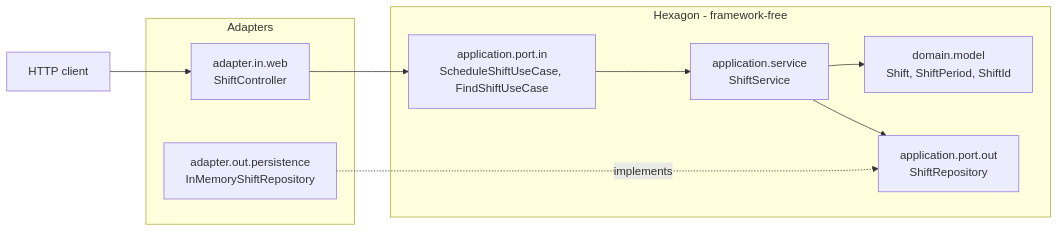
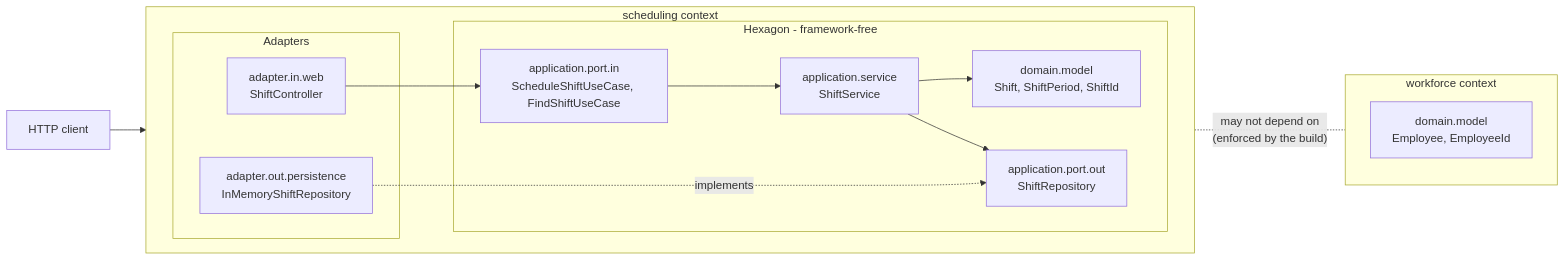
The first of 2 diagrams in docs/architecture/architecture.md (NaimElijah/HrSched), drawn with Mermaid before and after one commit. The commit also changed other lines of this file and 37 other files, not shown here.

````diff
--- a/docs/architecture/architecture.md
+++ b/docs/architecture/architecture.md
@@ -29,23 +39,31 @@
 ```mermaid
 flowchart LR
     client[HTTP client]
 
-    subgraph adapters [Adapters]
-        web["adapter.in.web<br/>ShiftController"]
-        store["adapter.out.persistence<br/>InMemoryShiftRepository"]
+    subgraph scheduling [scheduling context]
+        direction LR
+        subgraph adapters [Adapters]
+            web["adapter.in.web<br/>ShiftController"]
+            store["adapter.out.persistence<br/>InMemoryShiftRepository"]
+        end
+        subgraph hexagon [Hexagon - framework-free]
+            portIn["application.port.in<br/>ScheduleShiftUseCase, FindShiftUseCase"]
+            service["application.service<br/>ShiftService"]
+            portOut["application.port.out<br/>ShiftRepository"]
+            domain["domain.model<br/>Shift, ShiftPeriod, ShiftId"]
+        end
     end
 
-    subgraph hexagon [Hexagon - framework-free]
-        portIn["application.port.in<br/>ScheduleShiftUseCase, FindShiftUseCase"]
-        service["application.service<br/>ShiftService"]
-        portOut["application.port.out<br/>ShiftRepository"]
-        domain["domain.model<br/>Shift, ShiftPeriod, ShiftId"]
+    subgraph workforce [workforce context]
+        wfDomain["domain.model<br/>Employee, EmployeeId"]
     end
 
     client --> web
     web --> portIn
     portIn --> service
     service --> domain
     service --> portOut
     store -.implements.-> portOut
+
+    scheduling -. "may not depend on<br/>(enforced by the build)" .- workforce
 ```
````
